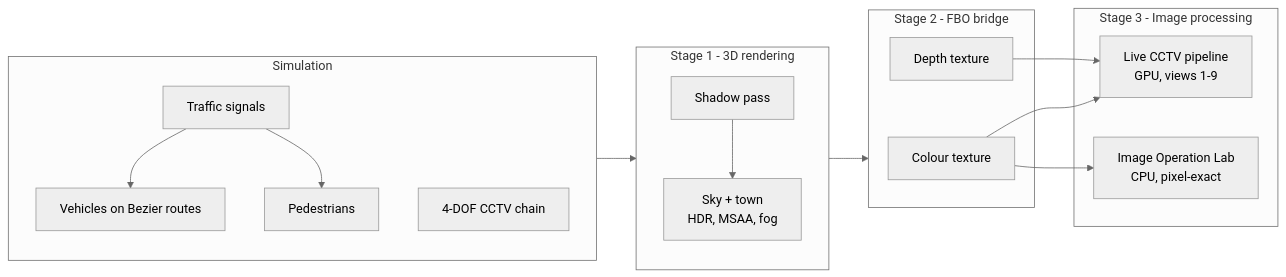
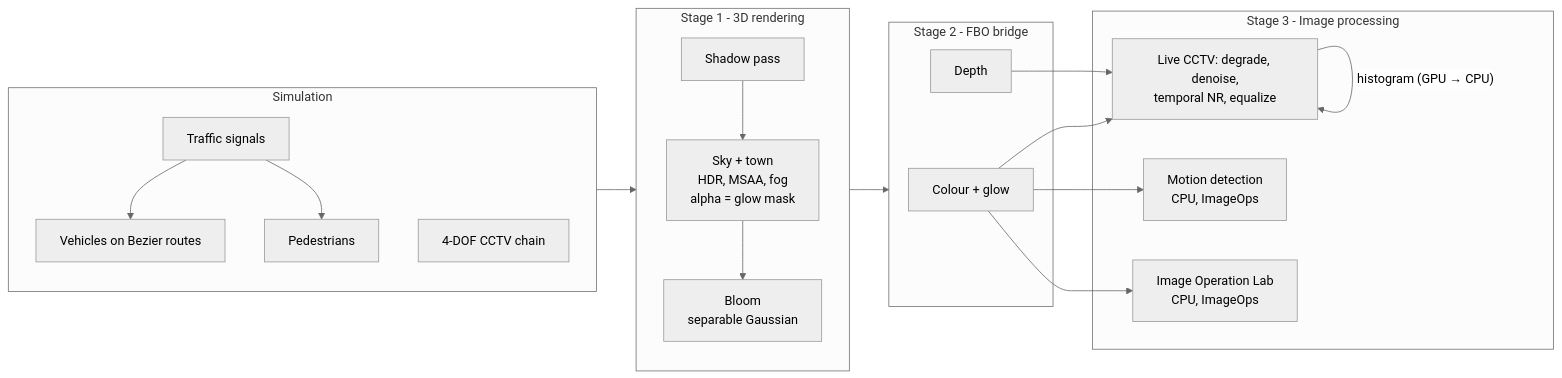
The diagram in README.md (k-i-mahi/Image-Graphics-Project), drawn with Mermaid (neutral theme) before and after one commit. The commit also changed other lines of this file and 32 other files, not shown here.

````diff
--- a/README.md
+++ b/README.md
@@ -88,23 +99,27 @@
 ```mermaid
 flowchart LR
     subgraph SIM[Simulation]
         T[Traffic signals] --> V[Vehicles on Bezier routes]
         T --> P[Pedestrians]
         K[4-DOF CCTV chain]
     end
     subgraph CG[Stage 1 - 3D rendering]
-        S[Shadow pass] --> R[Sky + town<br/>HDR, MSAA, fog]
+        S[Shadow pass] --> R[Sky + town<br/>HDR, MSAA, fog<br/>alpha = glow mask]
+        R --> B[Bloom<br/>separable Gaussian]
     end
     subgraph FBO[Stage 2 - FBO bridge]
-        C[Colour texture]
-        D[Depth texture]
+        C[Colour + glow]
+        D[Depth]
     end
     subgraph DIP[Stage 3 - Image processing]
-        L[Live CCTV pipeline<br/>GPU, views 1-9]
-        X[Image Operation Lab<br/>CPU, pixel-exact]
+        L[Live CCTV: degrade, denoise,<br/>temporal NR, equalize]
+        M[Motion detection<br/>CPU, ImageOps]
+        X[Image Operation Lab<br/>CPU, ImageOps]
     end
     SIM --> CG --> FBO
     C --> L
     D --> L
+    C --> M
     C --> X
+    L -- "histogram (GPU → CPU)" --> L
 ```
````
